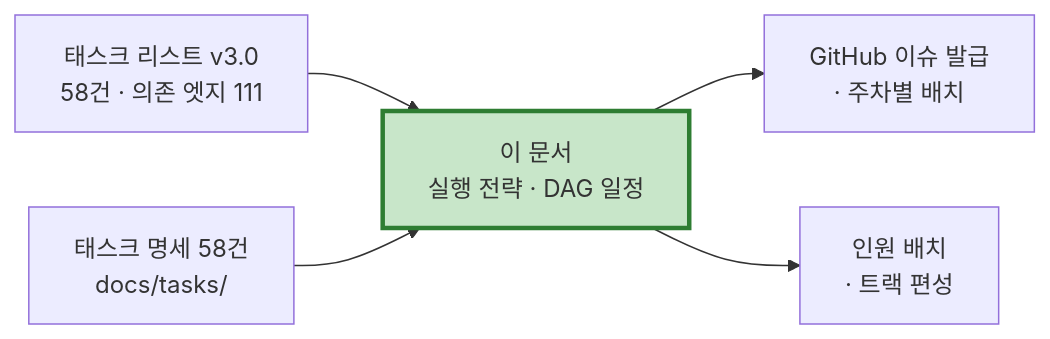
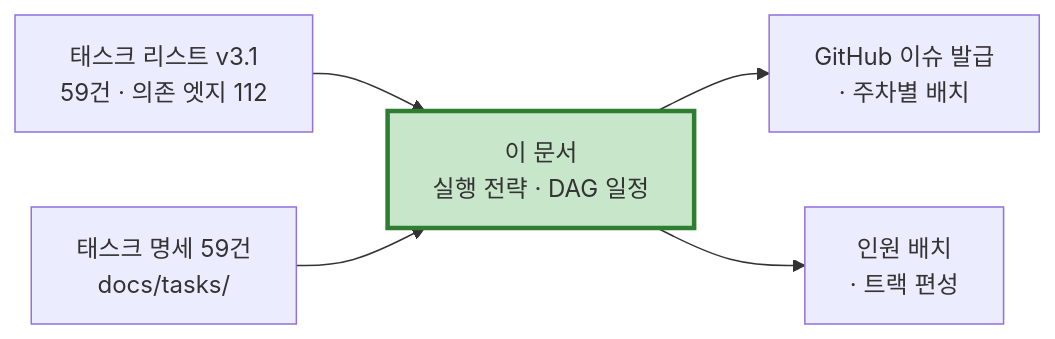
Before and after one commit to maybeaj/cardfit-prd-to-srs: the first of 4 diagrams in docs/[개발 실행 총괄] CardFit (한글).md, drawn with Mermaid. The commit also changed other lines of this file and 9 other files, not shown here.

````diff
--- a/docs/[개발 실행 총괄] CardFit (한글).md
+++ b/docs/[개발 실행 총괄] CardFit (한글).md
@@ -23,8 +23,8 @@
 ```mermaid
 flowchart LR
-    T["태스크 리스트 v3.0<br/>58건 · 의존 엣지 111"] --> E["이 문서<br/>실행 전략 · DAG 일정"]
-    S["태스크 명세 58건<br/>docs/tasks/"] --> E
+    T["태스크 리스트 v3.1<br/>59건 · 의존 엣지 112"] --> E["이 문서<br/>실행 전략 · DAG 일정"]
+    S["태스크 명세 59건<br/>docs/tasks/"] --> E
     E --> G["GitHub 이슈 발급<br/>· 주차별 배치"]
     E --> P["인원 배치<br/>· 트랙 편성"]
     style E fill:#C8E6C9,stroke:#2E7D32,stroke-width:3px
 ```
````
